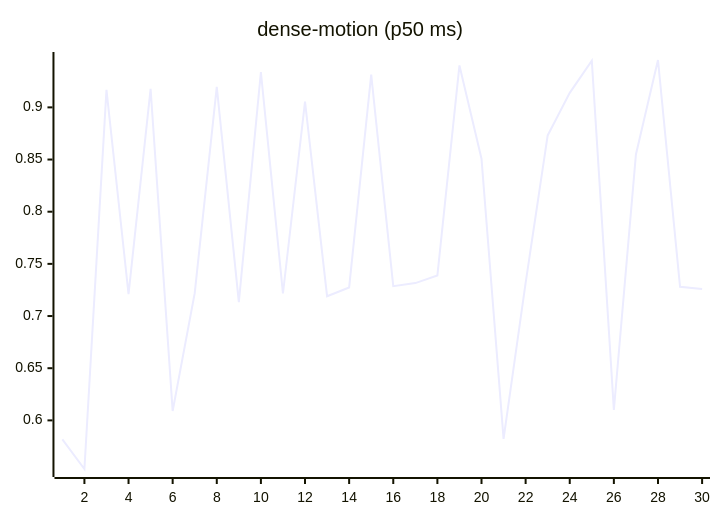
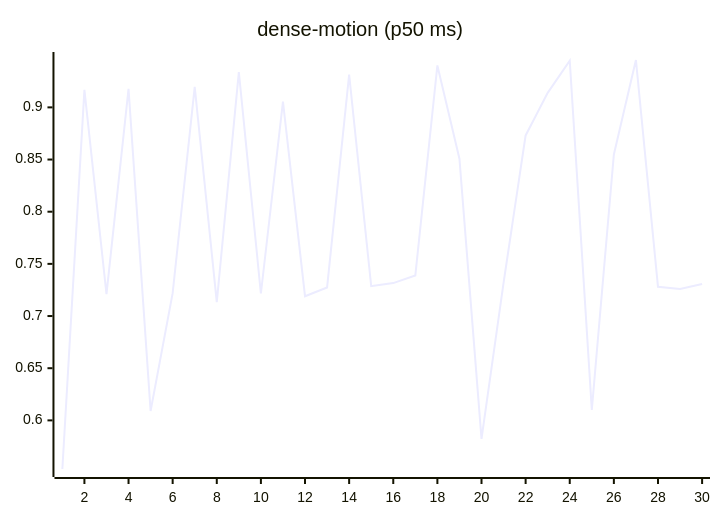
One commit to josha/Facet changed the ninth of 27 diagrams in README.md. Above: the diagram before and after it, drawn with Mermaid. The commit also changed other lines of this file and 2 other files, not shown here.

````diff
--- a/README.md
+++ b/README.md
@@ -119,6 +119,6 @@
 ```mermaid
 xychart-beta
     title "dense-motion (p50 ms)"
     x-axis 1 --> 30
-    line [0.5818, 0.5534, 0.9168, 0.7211, 0.9177, 0.6090, 0.7219, 0.9196, 0.7134, 0.9338, 0.7216, 0.9055, 0.7190, 0.7274, 0.9314, 0.7286, 0.7316, 0.7389, 0.9402, 0.8508, 0.5823, 0.7317, 0.8731, 0.9139, 0.9448, 0.6101, 0.8549, 0.9454, 0.7280, 0.7259]
+    line [0.5534, 0.9168, 0.7211, 0.9177, 0.6090, 0.7219, 0.9196, 0.7134, 0.9338, 0.7216, 0.9055, 0.7190, 0.7274, 0.9314, 0.7286, 0.7316, 0.7389, 0.9402, 0.8508, 0.5823, 0.7317, 0.8731, 0.9139, 0.9448, 0.6101, 0.8549, 0.9454, 0.7280, 0.7259, 0.7307]
 ```
````
